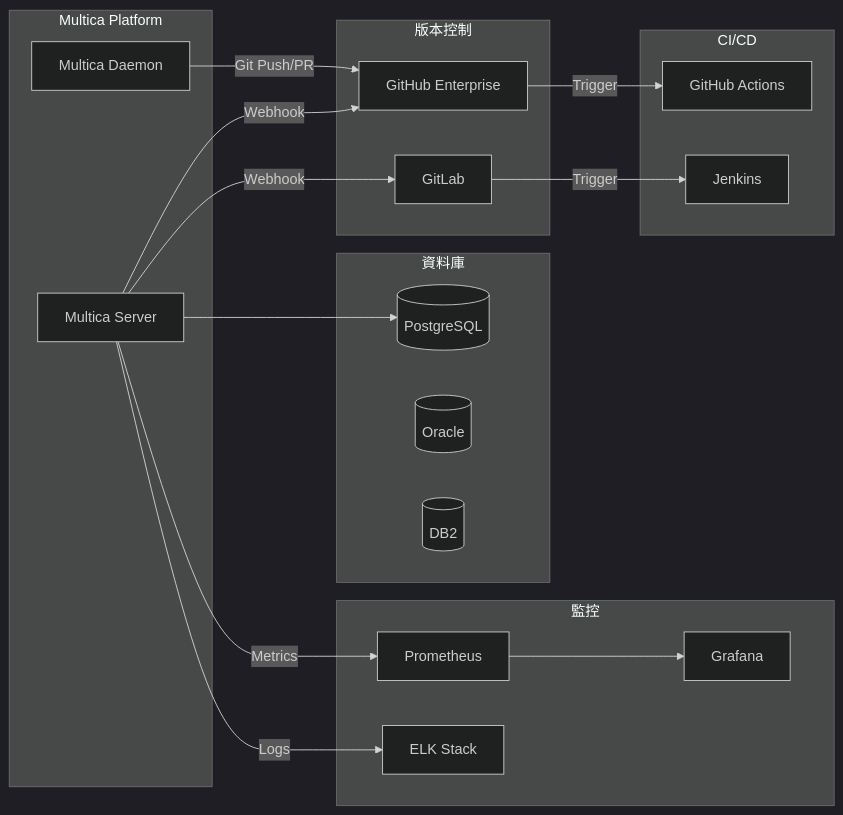
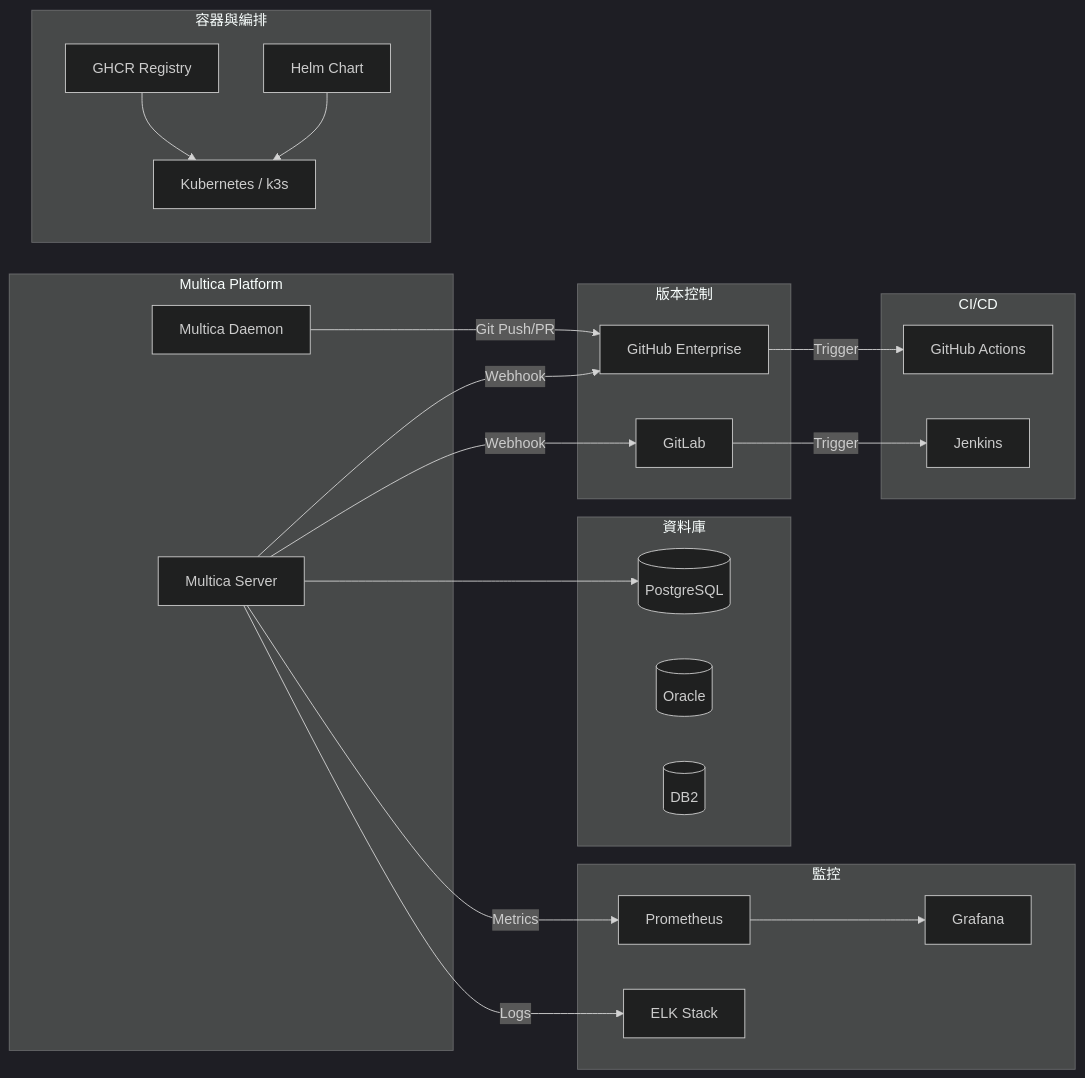
Before and after one commit to chihhung/Blog: the second of 26 diagrams in content/posts/教學/AI開發/Multica 教學手冊.md, drawn with Mermaid (dark theme). The commit also changed other lines of this file and 12 other files, not shown here.

````diff
--- a/content/posts/教學/AI開發/Multica 教學手冊.md
+++ b/content/posts/教學/AI開發/Multica 教學手冊.md
@@ -329,39 +406,47 @@
 ```mermaid
 graph LR
     subgraph "Multica Platform"
         MS[Multica Server]
         MD[Multica Daemon]
     end
 
     subgraph "版本控制"
         GH[GitHub Enterprise]
         GL[GitLab]
     end
 
     subgraph "CI/CD"
         GA[GitHub Actions]
         JK[Jenkins]
     end
 
     subgraph "資料庫"
         PG[(PostgreSQL)]
         ORA[(Oracle)]
         DB2[(DB2)]
     end
 
+    subgraph "容器與編排"
+        GHCR[GHCR Registry]
+        K8S[Kubernetes / k3s]
+        HELM[Helm Chart]
+    end
+
     subgraph "監控"
         PROM[Prometheus]
         GRAF[Grafana]
         ELK[ELK Stack]
     end
 
     MS -->|Webhook| GH
     MS -->|Webhook| GL
     GH -->|Trigger| GA
     GL -->|Trigger| JK
     MD -->|Git Push/PR| GH
     MS -->|Metrics| PROM
     PROM --> GRAF
     MS -->|Logs| ELK
     MS --> PG
+    GHCR --> K8S
+    HELM --> K8S
 ```
````
